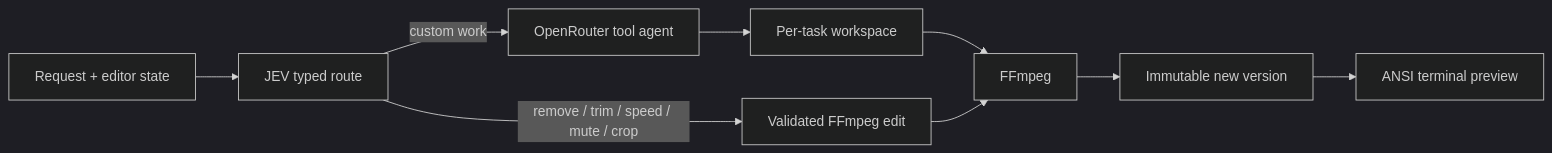
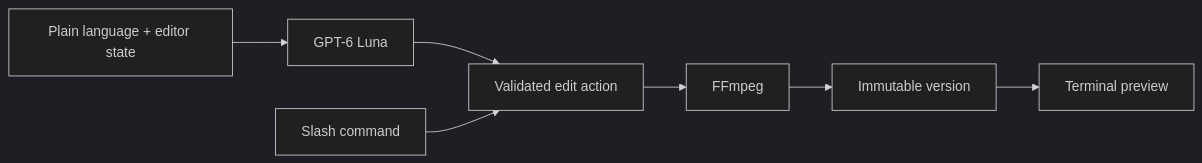
Before and after one commit to shing1Sks/DumbEditor: the diagram in README.md, drawn with Mermaid (dark theme). The commit also changed other lines of this file and 15 other files, not shown here.

Commit message:
feat: add Luna editing and command palette

````diff
--- a/README.md
+++ b/README.md
@@ -105,11 +114,9 @@
 ```mermaid
 flowchart LR
-  Input[Request + editor state] --> JEV[JEV typed route]
-  JEV -->|remove / trim / speed / mute / crop| Direct[Validated FFmpeg edit]
-  JEV -->|custom work| Agent[OpenRouter tool agent]
-  Agent --> Workspace[Per-task workspace]
-  Workspace --> FFmpeg
-  Direct --> FFmpeg
-  FFmpeg --> Version[Immutable new version]
-  Version --> Preview[ANSI terminal preview]
+  Input[Plain language + editor state] --> Luna[GPT-6 Luna]
+  Luna --> Typed[Validated edit action]
+  Slash[Slash command] --> Typed
+  Typed --> FFmpeg
+  FFmpeg --> Version[Immutable version]
+  Version --> Preview[Terminal preview]
 ```
````
